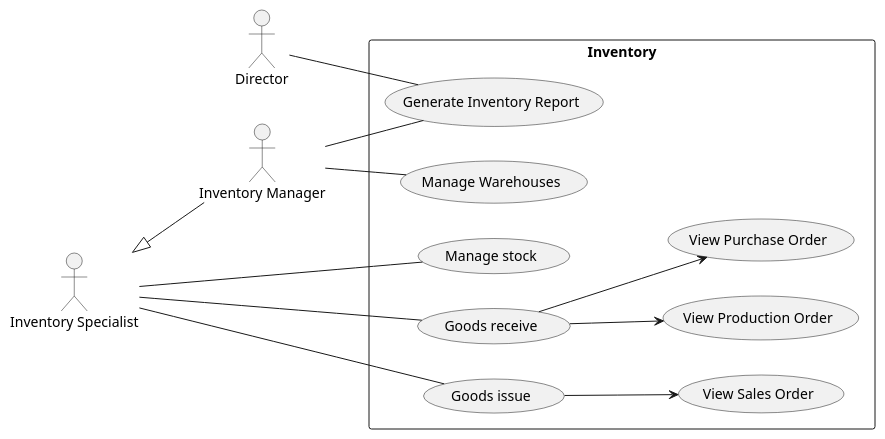
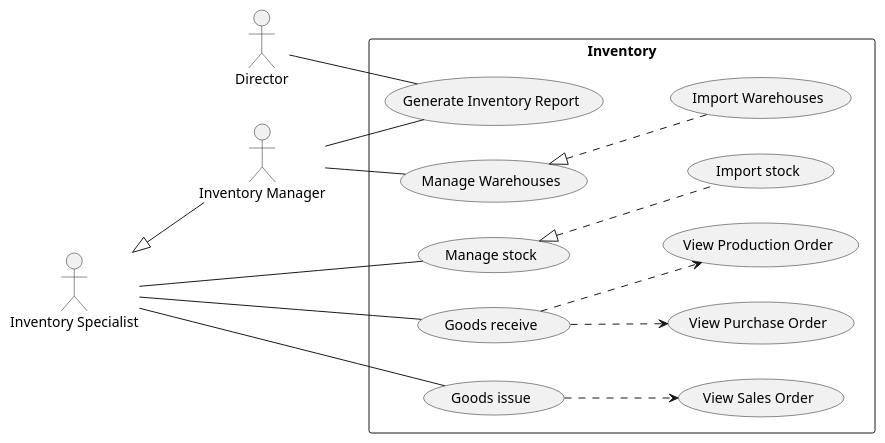
Before and after one commit to phihungha/scmss-reqs: the diagram in use-cases/inventory.plantuml, drawn with PlantUML. The commit also changed 4 other files, not shown here.

```diff
--- a/use-cases/inventory.plantuml
+++ b/use-cases/inventory.plantuml
@@ -1,24 +1,26 @@
 @startuml Inventory
 left to right direction
 
 :Director: as d
 
 :Inventory Manager: as im
 :Inventory Specialist: as is
 is <|-- im
 
 rectangle Inventory {
     is -- (Manage stock)
+    (Manage stock) <|.. (Import stock)
 
     is -- (Goods receive)
-    (Goods receive) --> (View Purchase Order)
-    (Goods receive) --> (View Production Order)
+    (Goods receive) ..> (View Purchase Order)
+    (Goods receive) ..> (View Production Order)
 
     is -- (Goods issue)
-    (Goods issue) --> (View Sales Order)
+    (Goods issue) ..> (View Sales Order)
 
     im -- (Manage Warehouses)
+    (Manage Warehouses) <|.. (Import Warehouses)
     im -- (Generate Inventory Report)
     d -- (Generate Inventory Report)
 }
 @enduml
```
